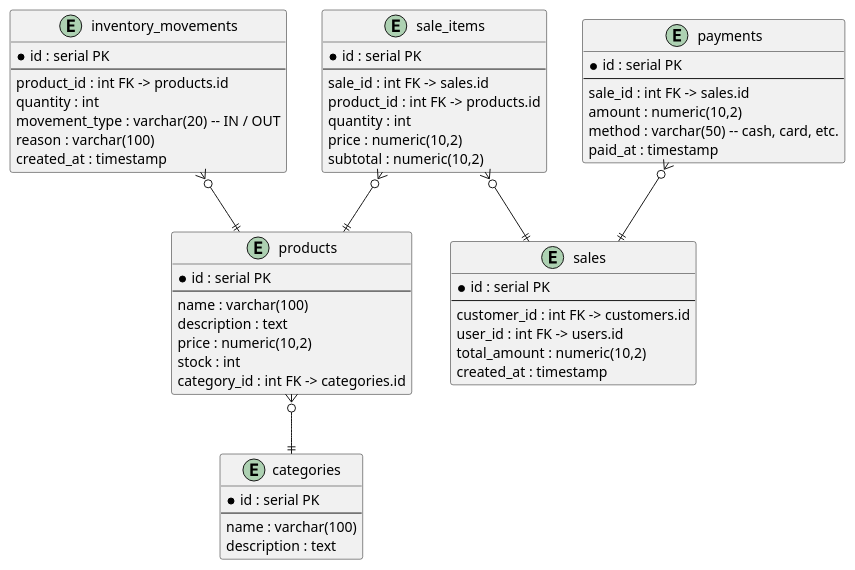
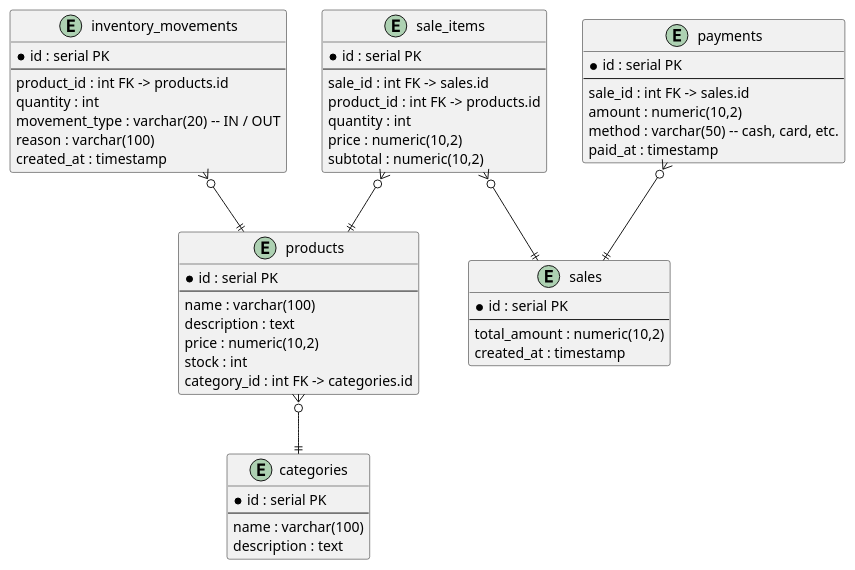
The diagram in docs/db.puml (fevegavalerio/amate-pos), drawn with PlantUML before and after one commit. The commit also changed 16 other files, not shown here.

```diff
--- a/docs/db.puml
+++ b/docs/db.puml
@@ -1,62 +1,60 @@
 @startuml amate-pos
 entity categories {
   *id : serial PK
   --
   name : varchar(100)
   description : text
 }
 
 entity products {
   *id : serial PK
   --
   name : varchar(100)
   description : text
   price : numeric(10,2)
   stock : int
   category_id : int FK -> categories.id
 }
 
 entity sales {
   *id : serial PK
   --
-  customer_id : int FK -> customers.id
-  user_id : int FK -> users.id
   total_amount : numeric(10,2)
   created_at : timestamp
 }
 
 entity sale_items {
   *id : serial PK
   --
   sale_id : int FK -> sales.id
   product_id : int FK -> products.id
   quantity : int
   price : numeric(10,2)
   subtotal : numeric(10,2)
 }
 
 entity payments {
   *id : serial PK
   --
   sale_id : int FK -> sales.id
   amount : numeric(10,2)
   method : varchar(50) -- cash, card, etc.
   paid_at : timestamp
 }
 
 entity inventory_movements {
   *id : serial PK
   --
   product_id : int FK -> products.id
   quantity : int
   movement_type : varchar(20) -- IN / OUT
   reason : varchar(100)
   created_at : timestamp
 }
 
 sale_items }o--|| sales
 sale_items }o--|| products
 payments }o--|| sales
 products }o--|| categories
 inventory_movements }o--|| products
 @enduml
```
